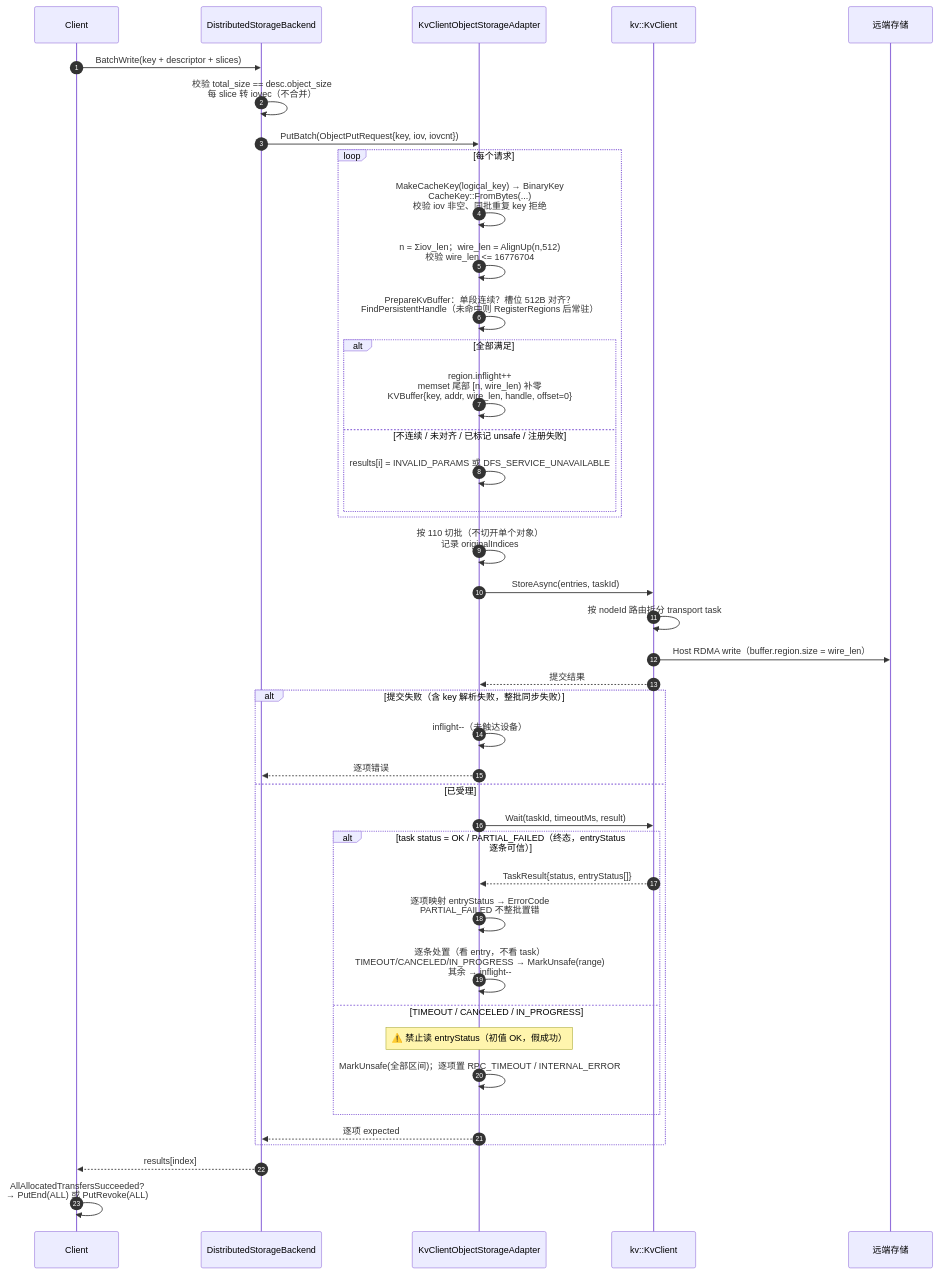
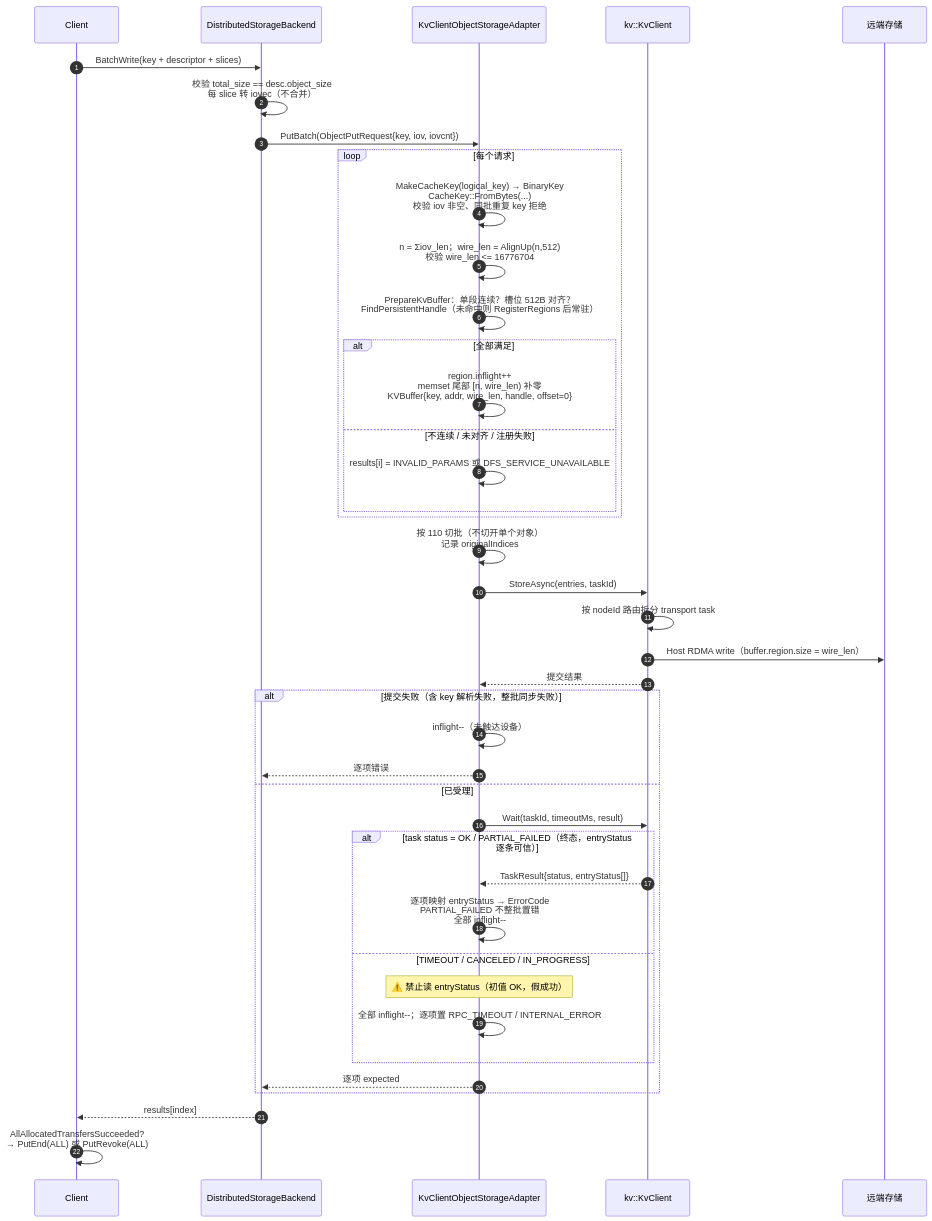
One commit to zwj20000328-dotcom/Mooncake-documents changed the ninth of 13 diagrams in Mooncake + KVClient L3 接入（Kvcs）- v3.md. Above: the diagram before and after it, drawn with Mermaid. The commit also changed other lines of this file, not shown here.

First line of the commit message:
docs: drop the unsafe marking and the adapter Shutdown helper

````diff
--- a/Mooncake + KVClient L3 接入（Kvcs）- v3.md
+++ b/Mooncake + KVClient L3 接入（Kvcs）- v3.md
@@ -587,45 +585,44 @@
 ```mermaid
 sequenceDiagram
     autonumber
     participant C as Client
     participant BE as DistributedStorageBackend
     participant AD as KvClientObjectStorageAdapter
     participant SDK as kv::KvClient
     participant S as 远端存储
 
     C->>BE: BatchWrite(key + descriptor + slices)
     BE->>BE: 校验 total_size == desc.object_size<br/>每 slice 转 iovec（不合并）
     BE->>AD: PutBatch(ObjectPutRequest{key, iov, iovcnt})
     loop 每个请求
         AD->>AD: MakeCacheKey(logical_key) → BinaryKey<br/>CacheKey::FromBytes(...)<br/>校验 iov 非空、同批重复 key 拒绝
         AD->>AD: n = Σiov_len；wire_len = AlignUp(n,512)<br/>校验 wire_len <= 16776704
         AD->>AD: PrepareKvBuffer：单段连续？槽位 512B 对齐？<br/>FindPersistentHandle（未命中则 RegisterRegions 后常驻）
         alt 全部满足
             AD->>AD: region.inflight++<br/>memset 尾部 [n, wire_len) 补零<br/>KVBuffer{key, addr, wire_len, handle, offset=0}
-        else 不连续 / 未对齐 / 已标记 unsafe / 注册失败
+        else 不连续 / 未对齐 / 注册失败
             AD->>AD: results[i] = INVALID_PARAMS 或 DFS_SERVICE_UNAVAILABLE
         end
     end
     AD->>AD: 按 110 切批（不切开单个对象）<br/>记录 originalIndices
     AD->>SDK: StoreAsync(entries, taskId)
     SDK->>SDK: 按 nodeId 路由拆分 transport task
     SDK->>S: Host RDMA write（buffer.region.size = wire_len）
     SDK-->>AD: 提交结果
     alt 提交失败（含 key 解析失败，整批同步失败）
         AD->>AD: inflight--（未触达设备）
         AD-->>BE: 逐项错误
     else 已受理
         AD->>SDK: Wait(taskId, timeoutMs, result)
         alt task status = OK / PARTIAL_FAILED（终态，entryStatus 逐条可信）
             SDK-->>AD: TaskResult{status, entryStatus[]}
-            AD->>AD: 逐项映射 entryStatus → ErrorCode<br/>PARTIAL_FAILED 不整批置错
-            AD->>AD: 逐条处置（看 entry，不看 task）<br/>TIMEOUT/CANCELED/IN_PROGRESS → MarkUnsafe(range)<br/>其余 → inflight--
+            AD->>AD: 逐项映射 entryStatus → ErrorCode<br/>PARTIAL_FAILED 不整批置错<br/>全部 inflight--
         else TIMEOUT / CANCELED / IN_PROGRESS
             Note over AD: ⚠️ 禁止读 entryStatus（初值 OK，假成功）
-            AD->>AD: MarkUnsafe(全部区间)；逐项置 RPC_TIMEOUT / INTERNAL_ERROR
+            AD->>AD: 全部 inflight--；逐项置 RPC_TIMEOUT / INTERNAL_ERROR
         end
         AD-->>BE: 逐项 expected
     end
     BE-->>C: results[index]
     C->>C: AllAllocatedTransfersSucceeded?<br/>→ PutEnd(ALL) 或 PutRevoke(ALL)
 ```
````
